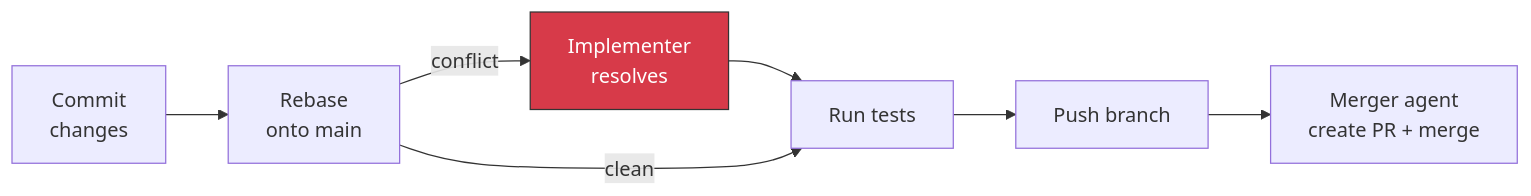
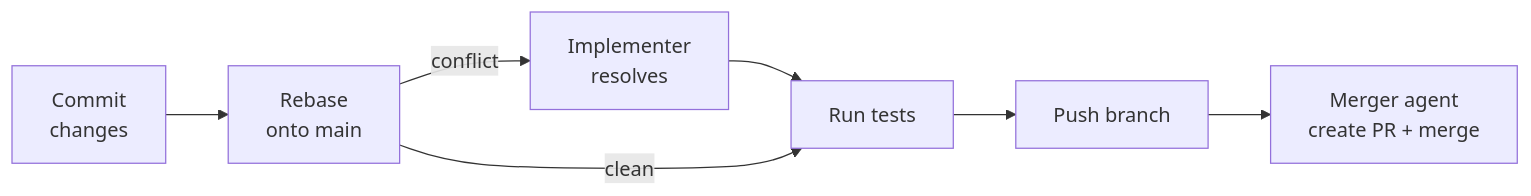
One commit to clayharmon/ocak changed the fourth of 5 diagrams in README.md. Above: the diagram before and after it, drawn with Mermaid. The commit also changed other lines of this file, not shown here.

First line of the commit message:
fix: use <br> for mermaid line breaks, remove custom colors

````diff
--- a/README.md
+++ b/README.md
@@ -112,11 +95,9 @@
 ```mermaid
 flowchart LR
-    A["Commit\nchanges"] --> B["Rebase\nonto main"]
-    B -->|conflict| C["Implementer\nresolves"]
+    A["Commit<br>changes"] --> B["Rebase<br>onto main"]
+    B -->|conflict| C["Implementer<br>resolves"]
     C --> D
     B -->|clean| D["Run tests"]
     D --> E["Push branch"]
-    E --> F["Merger agent\ncreate PR + merge"]
-
-    style C fill:#d73a49,stroke:#333,color:#fff
+    E --> F["Merger agent<br>create PR + merge"]
 ```
````
